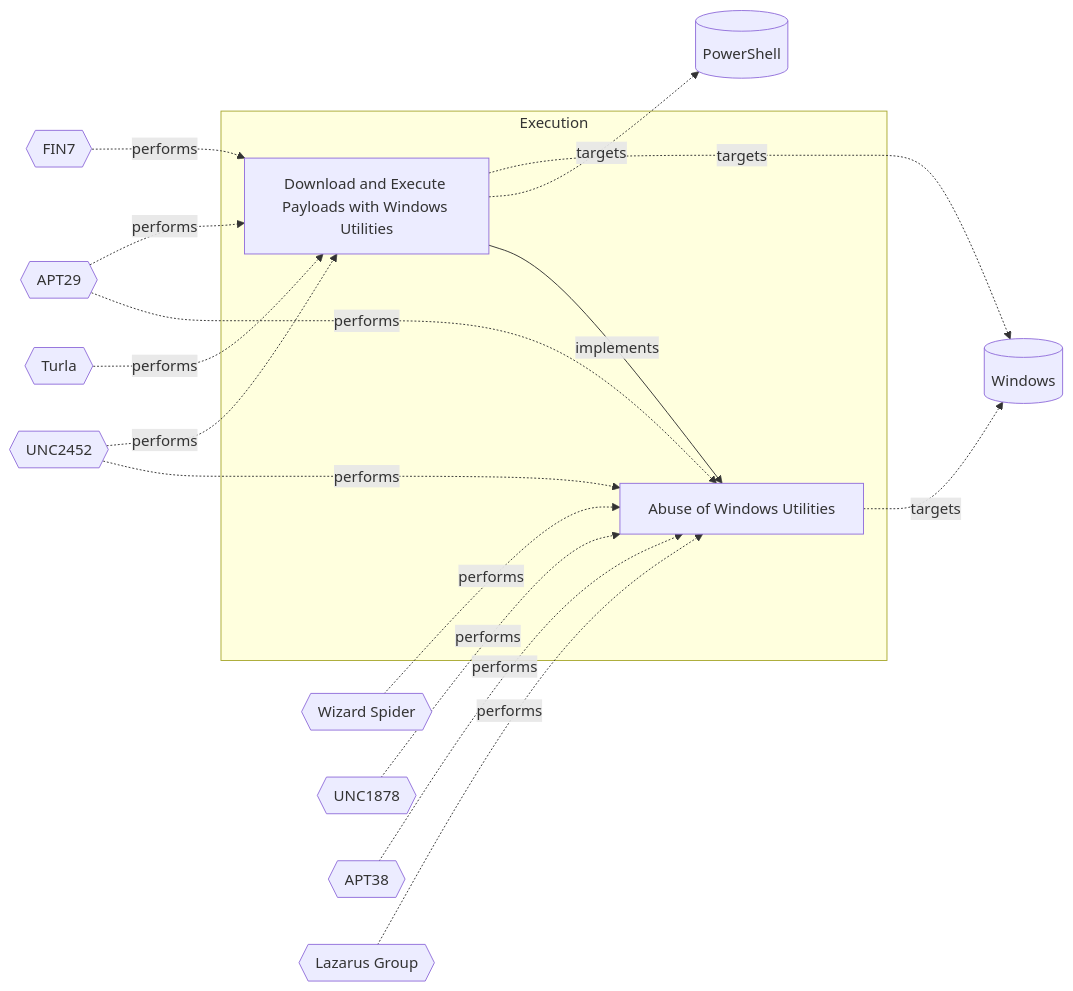
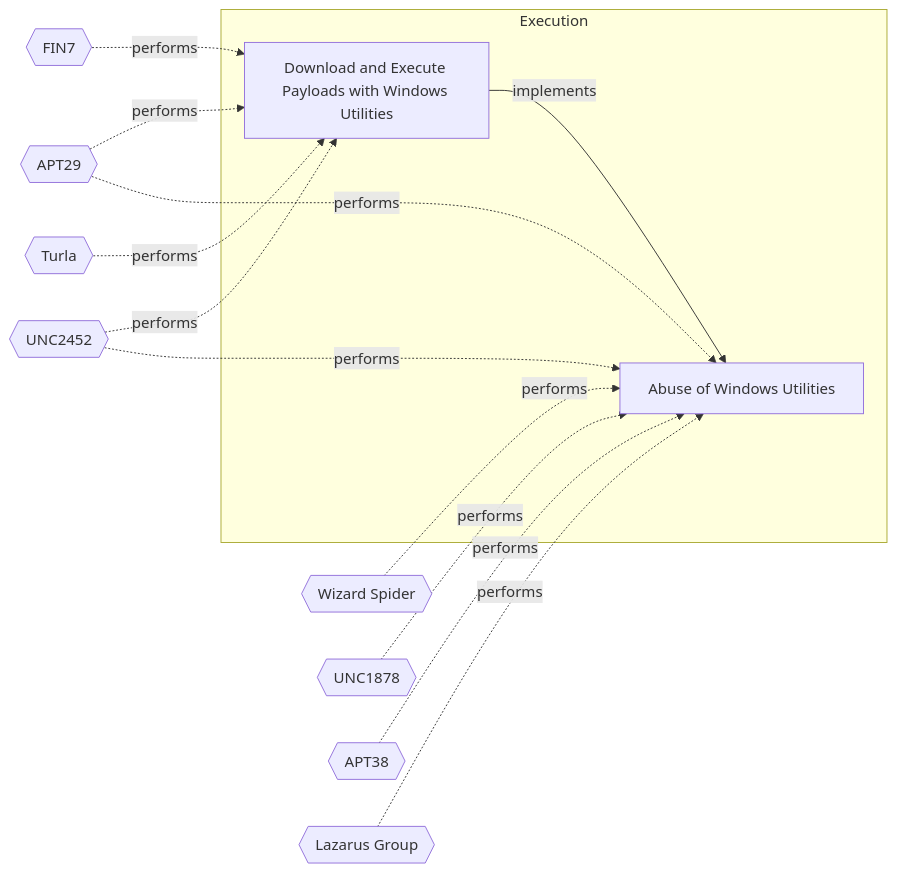
One commit to OpenTideHQ/WikiTide changed the diagram in Models/Threat Vectors/☣️ Download and Execute Payloads with Windows Utilities.md. Above: the diagram before and after it, drawn with Mermaid. The commit also changed other lines of this file and 232 other files, not shown here.

````diff
--- a/Models/Threat Vectors/☣️ Download and Execute Payloads with Windows Utilities.md
+++ b/Models/Threat Vectors/☣️ Download and Execute Payloads with Windows Utilities.md
@@ -96,40 +96,35 @@
 ```mermaid
 
 flowchart LR
 
 765be5d9-4f79-4e3d-b894-fa428f285ab5[Download and Execute Payloads with Windows Utilities]
 d5039f2c-9fcc-4ba3-ad6a-da8c891ba745[Abuse of Windows Utilities]
 
 subgraph Execution
 765be5d9-4f79-4e3d-b894-fa428f285ab5
 d5039f2c-9fcc-4ba3-ad6a-da8c891ba745
 end
 
-Windows[(Windows)]
-PowerShell[(PowerShell)]
 FIN7{{FIN7}}
 Turla{{Turla}}
 APT29{{APT29}}
 UNC2452{{UNC2452}}
 WizardSpider{{Wizard Spider}}
 UNC1878{{UNC1878}}
 APT38{{APT38}}
 LazarusGroup{{Lazarus Group}}
 
-765be5d9-4f79-4e3d-b894-fa428f285ab5 -.->|targets| Windows
-765be5d9-4f79-4e3d-b894-fa428f285ab5 -.->|targets| PowerShell
-d5039f2c-9fcc-4ba3-ad6a-da8c891ba745 -.->|targets| Windows
 FIN7 -.-> |performs| 765be5d9-4f79-4e3d-b894-fa428f285ab5
 Turla -.-> |performs| 765be5d9-4f79-4e3d-b894-fa428f285ab5
 APT29 -.-> |performs| 765be5d9-4f79-4e3d-b894-fa428f285ab5
 UNC2452 -.-> |performs| 765be5d9-4f79-4e3d-b894-fa428f285ab5
 APT29 -.-> |performs| d5039f2c-9fcc-4ba3-ad6a-da8c891ba745
 UNC2452 -.-> |performs| d5039f2c-9fcc-4ba3-ad6a-da8c891ba745
 WizardSpider -.-> |performs| d5039f2c-9fcc-4ba3-ad6a-da8c891ba745
 UNC1878 -.-> |performs| d5039f2c-9fcc-4ba3-ad6a-da8c891ba745
 APT38 -.-> |performs| d5039f2c-9fcc-4ba3-ad6a-da8c891ba745
 LazarusGroup -.-> |performs| d5039f2c-9fcc-4ba3-ad6a-da8c891ba745
 
 765be5d9-4f79-4e3d-b894-fa428f285ab5 -->|implements| d5039f2c-9fcc-4ba3-ad6a-da8c891ba745
 
 ```
````
